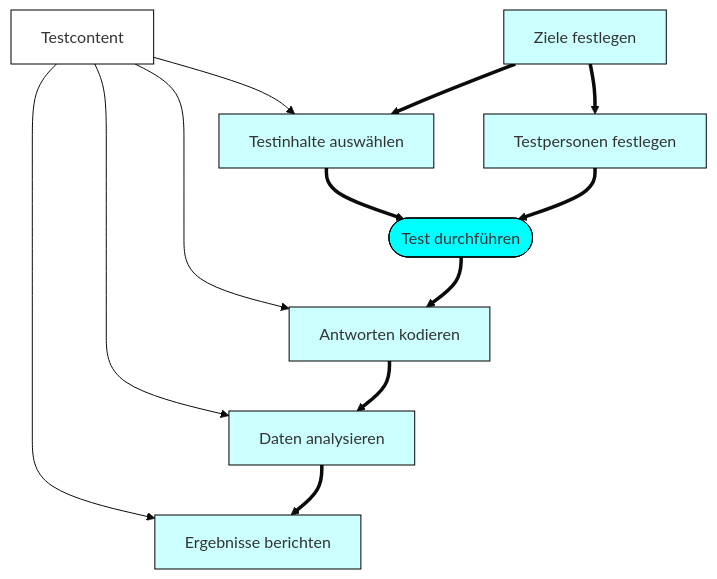
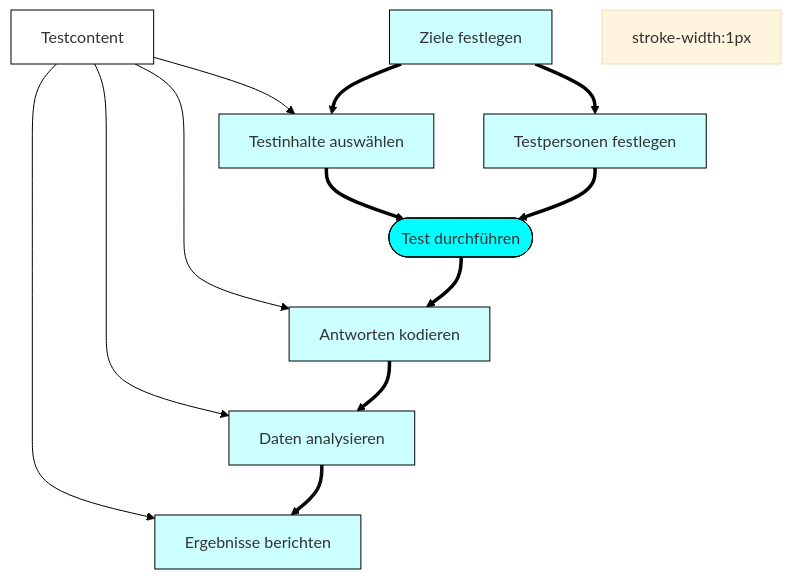
One commit to iqb-berlin/rising-stars changed the first of 2 diagrams in survey/index.qmd. Above: the diagram before and after it, drawn with Mermaid (base theme). The commit also changed other lines of this file, not shown here.

Commit message:
Fix link styles

````diff
--- a/survey/index.qmd
+++ b/survey/index.qmd
@@ -8,28 +8,29 @@
 ```{mermaid}
 flowchart TD
     classDef test fill:#0ff,stroke:black;
     classDef others fill:#cff,stroke:black;
     classDef input fill:#fff,stroke:black;
     goals[Ziele festlegen]:::others
     sc[Testinhalte auswählen]:::others
     td[Testpersonen festlegen]:::others
     tr([Test durchführen]):::test
     cr[Antworten kodieren]:::others
     ra[Daten analysieren]:::others
     fb[Ergebnisse berichten]:::others
     Testcontent:::input
 
     Testcontent --> sc
     goals ==> sc
     goals ==> td
     sc ==> tr
     td ==> tr
     Testcontent --> cr
     tr ==> cr
     Testcontent --> ra
     cr ==> ra
     Testcontent --> fb
     ra ==> fb
-    linkStyle 0,5,7,9 stroke-width:1px;
+    linkStyle 1,2,3,4,6,8 stroke:black
+    linkStyle 0,5,7,9 stroke:black;stroke-width:1px;
 
 ```
````
